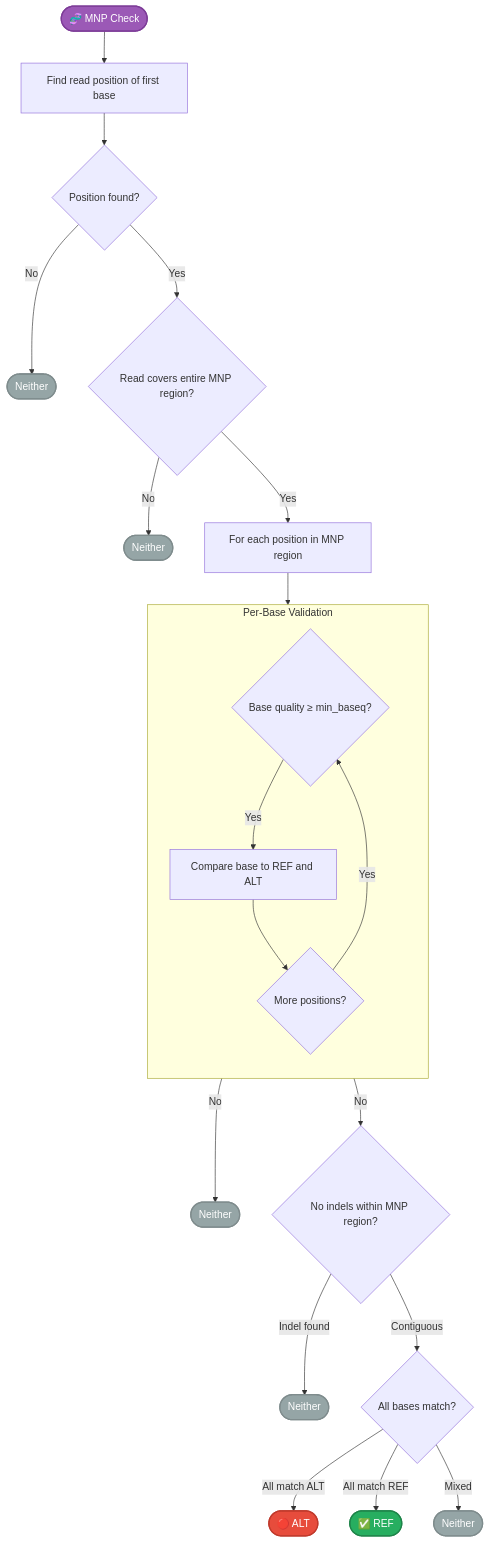
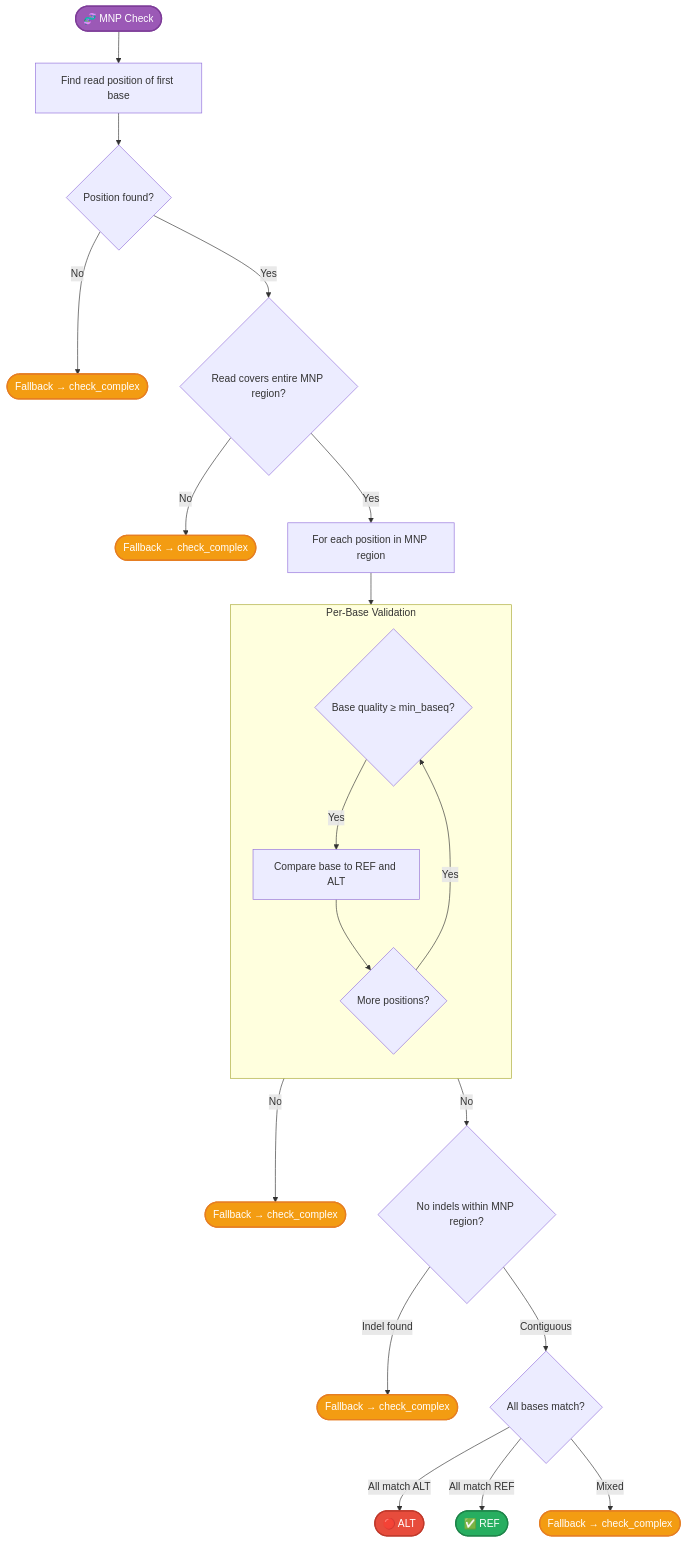
Before and after one commit to msk-access/py-gbcms: the fifth of 6 diagrams in docs/reference/allele-classification.md, drawn with Mermaid. The commit also changed other lines of this file, not shown here.

Commit message:
docs: update MNP section to document fallback to check_complex
MNP strict matching was documented as all-or-nothing with 'Neither'
as the only outcome for inconclusive reads. Updated flowchart, info
box, and limitations section to show that inconclusive reads fall
back through check_complex (Phase 2 → 2.5 → 3).

````diff
--- a/docs/reference/allele-classification.md
+++ b/docs/reference/allele-classification.md
@@ -310,34 +310,34 @@
 ```mermaid
 flowchart TD
     Start([🧬 MNP Check]):::start --> Find[Find read position of first base]
     Find --> Found{Position found?}
-    Found -->|No| Neither1([Neither]):::neither
+    Found -->|No| Fallback1([Fallback → check_complex]):::fallback
     Found -->|Yes| Cover{Read covers entire MNP region?}
-    Cover -->|No| Neither2([Neither]):::neither
+    Cover -->|No| Fallback2([Fallback → check_complex]):::fallback
     Cover -->|Yes| Loop[For each position in MNP region]
 
     subgraph PerBase [Per-Base Validation]
         direction TB
         BQ{Base quality ≥ min_baseq?}
         Track[Compare base to REF and ALT]
         More{More positions?}
     end
 
     Loop --> BQ
-    BQ -->|No| Neither3([Neither]):::neither
+    BQ -->|No| Fallback3([Fallback → check_complex]):::fallback
     BQ -->|Yes| Track
     Track --> More
     More -->|Yes| BQ
     More -->|No| Contig{No indels within MNP region?}
 
-    Contig -->|Indel found| Neither4([Neither]):::neither
+    Contig -->|Indel found| Fallback4([Fallback → check_complex]):::fallback
     Contig -->|Contiguous| Final{All bases match?}
     Final -->|All match ALT| Alt([🔴 ALT]):::alt
     Final -->|All match REF| Ref([✅ REF]):::ref
-    Final -->|Mixed| Neither5([Neither]):::neither
+    Final -->|Mixed| Fallback5([Fallback → check_complex]):::fallback
 
     classDef start fill:#9b59b6,color:#fff,stroke:#7d3c98,stroke-width:2px;
     classDef ref fill:#27ae60,color:#fff,stroke:#1e8449,stroke-width:2px;
     classDef alt fill:#e74c3c,color:#fff,stroke:#c0392b,stroke-width:2px;
-    classDef neither fill:#95a5a6,color:#fff,stroke:#7f8c8d,stroke-width:2px;
+    classDef fallback fill:#f39c12,color:#fff,stroke:#e67e22,stroke-width:2px;
 ```
````
